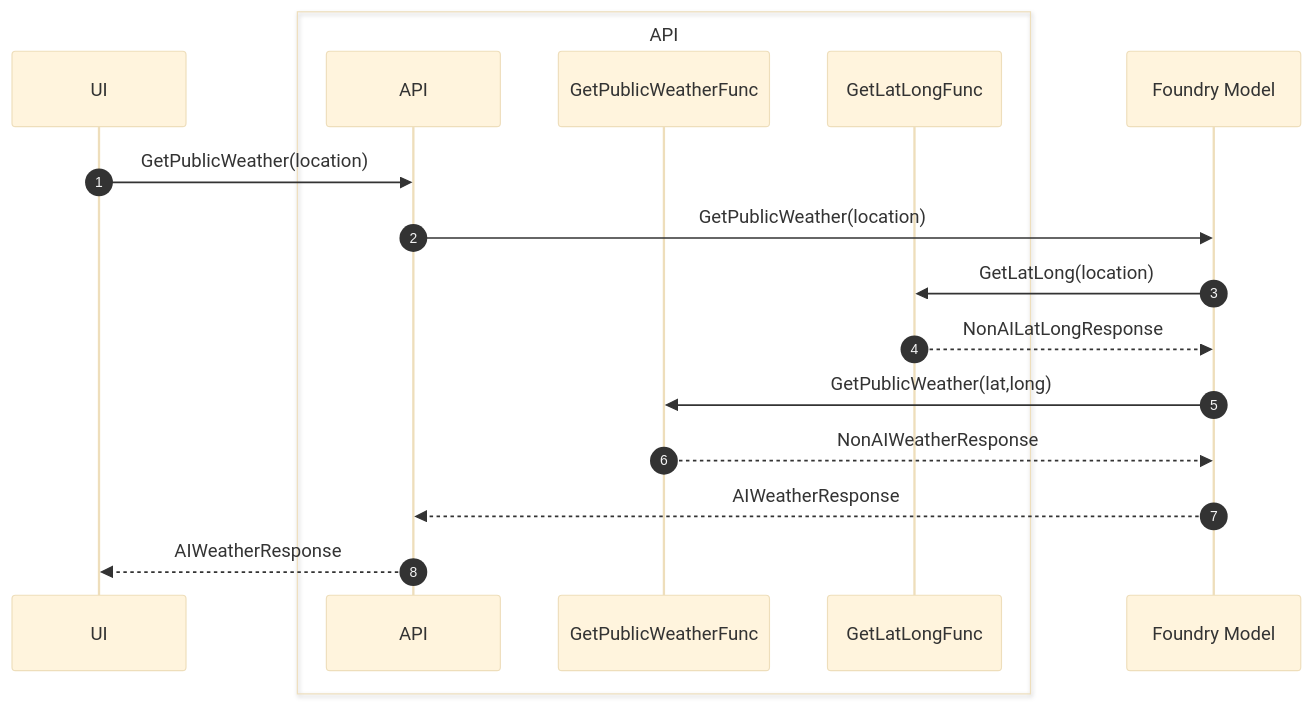
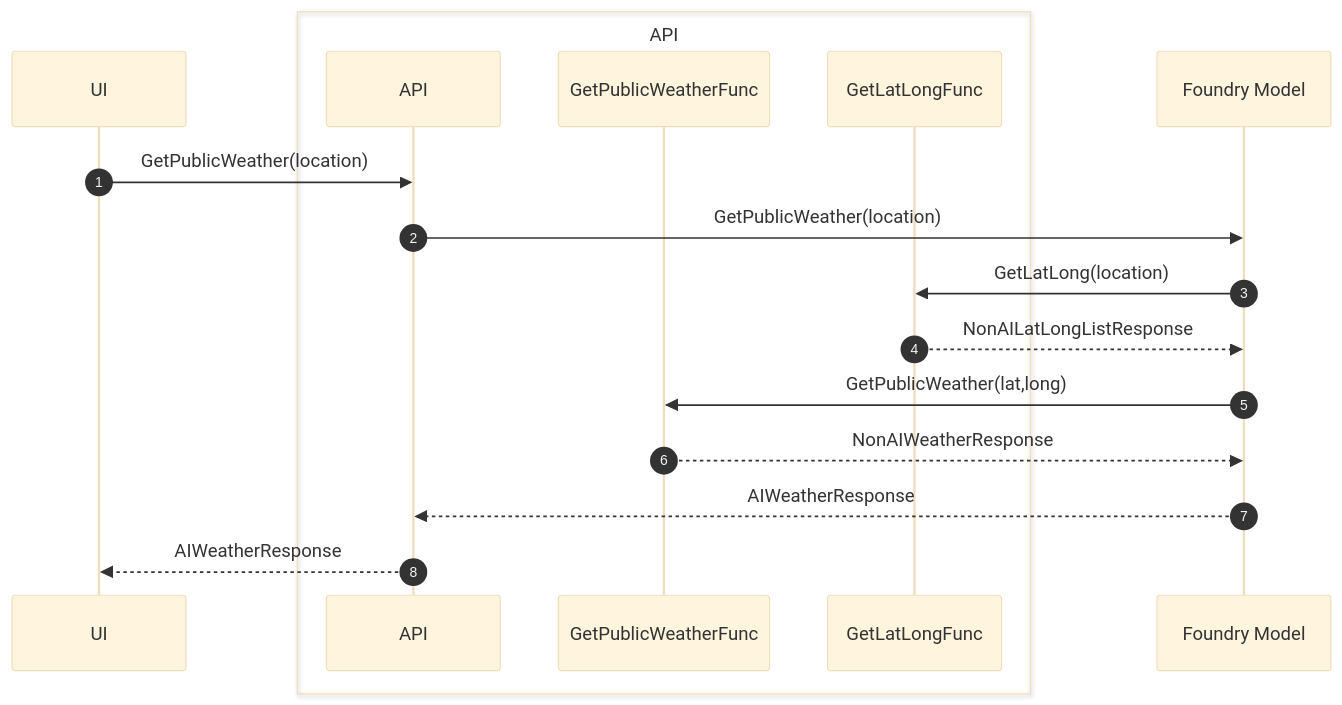
The third of 8 diagrams in docs/4-demystifying-foundry-agents-mcp/demystifying-foundry-agents-mcp.md (dustinkorzaan/weather-1116), drawn with Mermaid (base theme) before and after one commit. The commit also changed other lines of this file and 18 other files, not shown here.

First line of the commit message:
Return ranked top-N geocoding matches from GetLatLongData (#163)

````diff
--- a/docs/4-demystifying-foundry-agents-mcp/demystifying-foundry-agents-mcp.md
+++ b/docs/4-demystifying-foundry-agents-mcp/demystifying-foundry-agents-mcp.md
@@ -76,20 +76,20 @@
   ```mermaid
   sequenceDiagram
       autonumber
       participant UI
       box API
           participant API
           participant GetPublicWeatherFunc
           participant GetLatLongFunc
       end
       participant Model as Foundry Model
 
       UI->>API: GetPublicWeather(location)
       API->>Model: GetPublicWeather(location)
       Model->>GetLatLongFunc: GetLatLong(location)
-      GetLatLongFunc-->>Model: NonAILatLongResponse
+      GetLatLongFunc-->>Model: NonAILatLongListResponse
       Model->>GetPublicWeatherFunc: GetPublicWeather(lat,long)
       GetPublicWeatherFunc-->>Model: NonAIWeatherResponse
       Model-->>API: AIWeatherResponse
       API-->>UI: AIWeatherResponse
   ```
````
